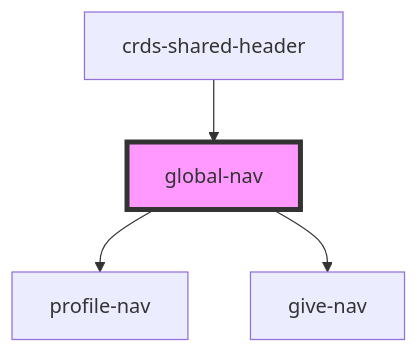
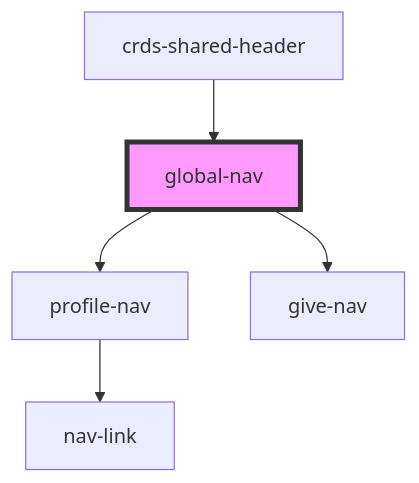
The diagram in src/components/crds-shared-header/global-nav/readme.md (dholloran-ample/visual-regression-testing-IP), drawn with Mermaid before and after one commit. The commit also changed 3 other files, not shown here.

````diff
--- a/src/components/crds-shared-header/global-nav/readme.md
+++ b/src/components/crds-shared-header/global-nav/readme.md
@@ -35,7 +35,8 @@
 ```mermaid
 graph TD;
   global-nav --> profile-nav
   global-nav --> give-nav
+  profile-nav --> nav-link
   crds-shared-header --> global-nav
   style global-nav fill:#f9f,stroke:#333,stroke-width:4px
 ```
````
